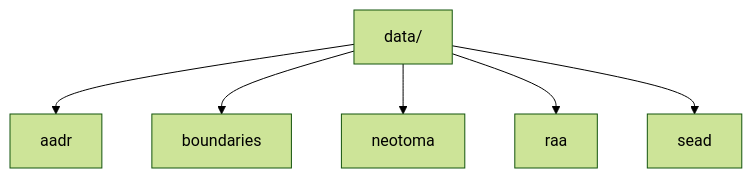
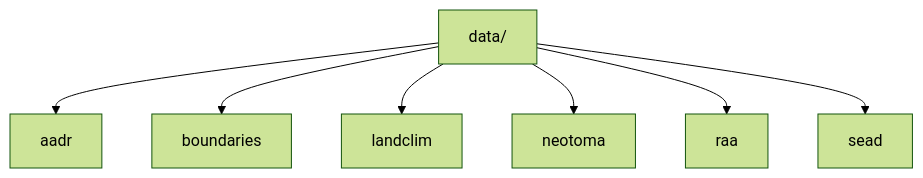
Before and after one commit to bijux/bijux-pollenomics: the diagram in docs/03-data-guide/index.md, drawn with Mermaid (forest theme). The commit also changed other lines of this file and 10 other files, not shown here.

````diff
--- a/docs/03-data-guide/index.md
+++ b/docs/03-data-guide/index.md
@@ -14,8 +14,9 @@
 ```mermaid
 flowchart TD
     Data[data/] --> AADR[aadr]
     Data --> Boundaries[boundaries]
+    Data --> LandClim[landclim]
     Data --> Neotoma[neotoma]
     Data --> RAA[raa]
     Data --> SEAD[sead]
 ```
````
